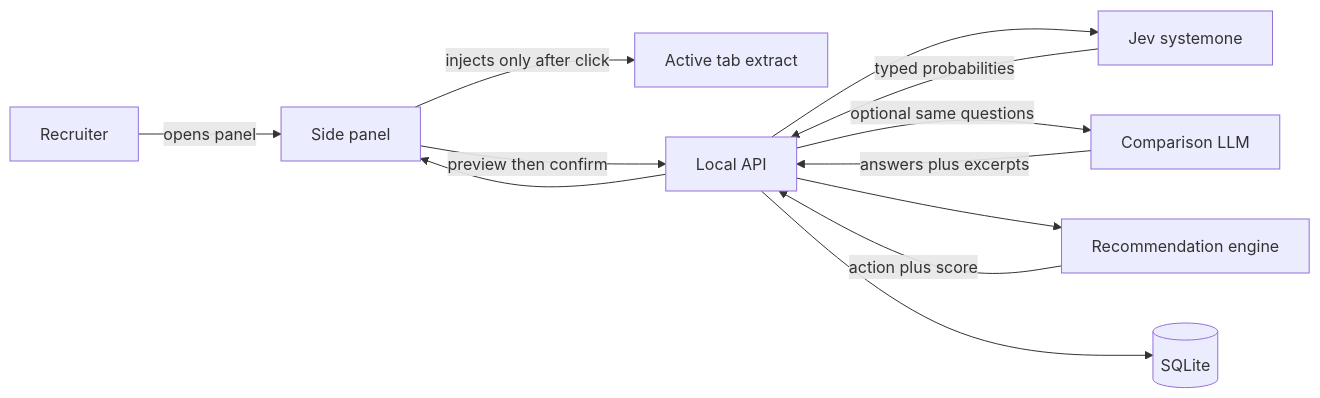
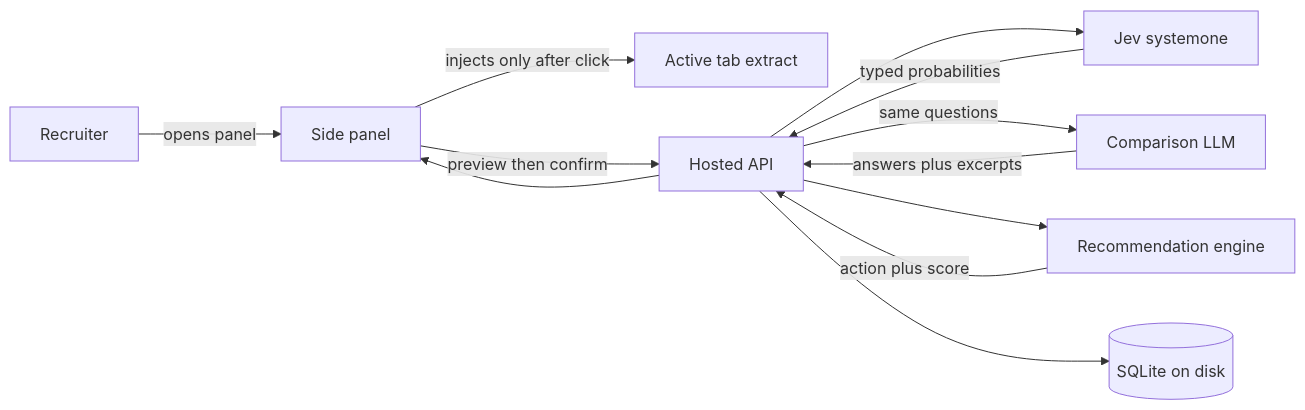
Before and after one commit to PouyaJigsaw/decision-assistant: the diagram in .cursor/plans/decision_assistant_mvp_19f3da67.plan.md, drawn with Mermaid. The commit also changed other lines of this file, not shown here.

````diff
--- a/.cursor/plans/decision_assistant_mvp_19f3da67.plan.md
+++ b/.cursor/plans/decision_assistant_mvp_19f3da67.plan.md
@@ -50,23 +67,23 @@
 ```mermaid
 flowchart LR
   recruiter[Recruiter]
   panel[Side panel]
   page[Active tab extract]
-  api[Local API]
+  api[Hosted API]
   engine[Recommendation engine]
   jev[Jev systemone]
   llm[Comparison LLM]
-  db[(SQLite)]
+  db[(SQLite on disk)]
 
   recruiter -->|opens panel| panel
   panel -->|injects only after click| page
   panel -->|preview then confirm| api
   api --> jev
-  api -->|optional same questions| llm
+  api -->|same questions| llm
   jev -->|typed probabilities| api
   llm -->|answers plus excerpts| api
   api --> engine
   engine -->|action plus score| api
   api --> db
   api --> panel
 ```
````
